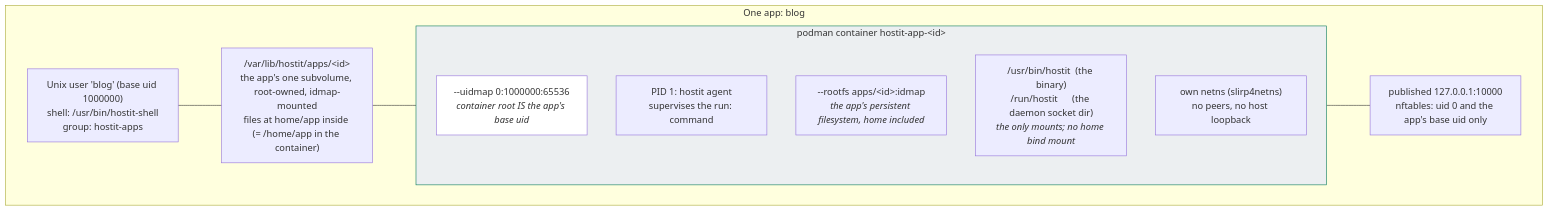
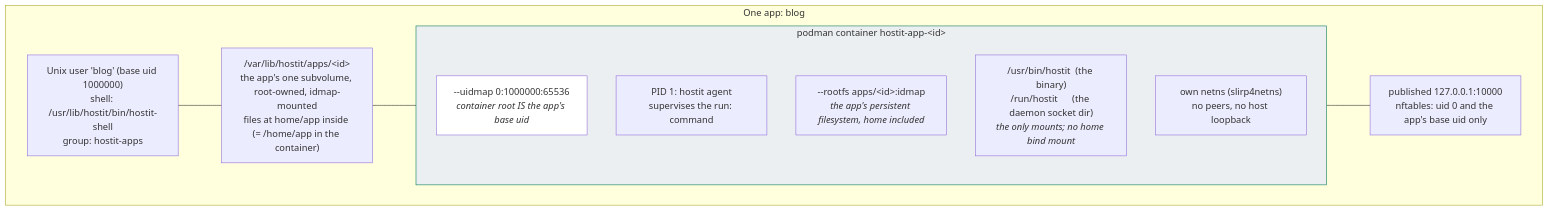
Before and after one commit to binwiederhier/hostit: the diagram in docs/architecture/isolation.md, drawn with Mermaid. The commit also changed other lines of this file and 16 other files, not shown here.

First line of the commit message:
packaging: drop the legacy /usr/bin shell paths and the login-shell sweep

````diff
--- a/docs/architecture/isolation.md
+++ b/docs/architecture/isolation.md
@@ -10,25 +10,25 @@
 ```mermaid
 flowchart TB
     subgraph one["One app: blog"]
-        user["Unix user 'blog' (base uid 1000000)<br/>shell: /usr/bin/hostit-shell<br/>group: hostit-apps"]
+        user["Unix user 'blog' (base uid 1000000)<br/>shell: /usr/lib/hostit/bin/hostit-shell<br/>group: hostit-apps"]
         subvol["/var/lib/hostit/apps/&lt;id&gt;<br/>the app's one subvolume, root-owned, idmap-mounted<br/>files at home/app inside (= /home/app in the container)"]
 
         subgraph container["podman container hostit-app-&lt;id&gt;"]
             direction TB
             idmap["--uidmap 0:1000000:65536<br/><i>container root IS the app's base uid</i>"]
             pid1["PID 1: hostit agent<br/>supervises the run: command"]
             rootfs["--rootfs apps/&lt;id&gt;:idmap<br/><i>the app's persistent filesystem, home included</i>"]
             mounts["/usr/bin/hostit  (the binary)<br/>/run/hostit      (the daemon socket dir)<br/><i>the only mounts; no home bind mount</i>"]
             net["own netns (slirp4netns)<br/>no peers, no host loopback"]
         end
 
         port["published 127.0.0.1:10000<br/>nftables: uid 0 and the app's base uid only"]
     end
 
     user --- subvol
     subvol --- container
     container --- port
 
     style container fill:#eceff1,stroke:#047857
     style idmap fill:#fff
 ```
````
